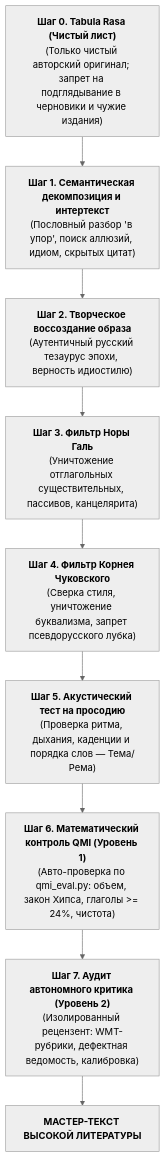
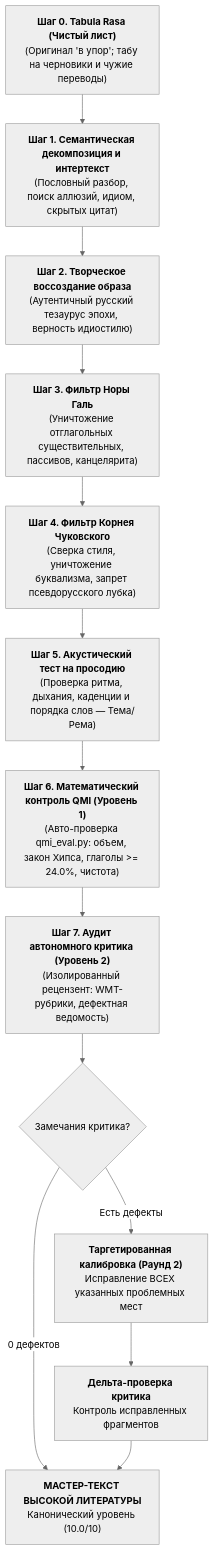
Before and after one commit to lnp/classic-russian-translation: the fourth of 6 diagrams in AGENTS.md, drawn with Mermaid (neutral theme). The commit also changed other lines of this file and 1 other file, not shown here.

Commit message:
fix: exhaustive canon audit, remove lingering Ellison/Norton artifacts, align QMI formulas and pipeline diagram

````diff
--- a/AGENTS.md
+++ b/AGENTS.md
@@ -193,11 +193,16 @@
 ```mermaid
 flowchart TD
-    S0["<b>Шаг 0. Tabula Rasa (Чистый лист)</b><br/>(Только чистый авторский оригинал; запрет на подглядывание в черновики и чужие издания)"] --> S1
-    S1["<b>Шаг 1. Семантическая декомпозиция и интертекст</b><br/>(Пословный разбор 'в упор', поиск аллюзий, идиом, скрытых цитат)"] --> S2
+    S0["<b>Шаг 0. Tabula Rasa (Чистый лист)</b><br/>(Оригинал 'в упор'; табу на черновики и чужие переводы)"] --> S1
+    S1["<b>Шаг 1. Семантическая декомпозиция и интертекст</b><br/>(Пословный разбор, поиск аллюзий, идиом, скрытых цитат)"] --> S2
     S2["<b>Шаг 2. Творческое воссоздание образа</b><br/>(Аутентичный русский тезаурус эпохи, верность идиостилю)"] --> S3
     S3["<b>Шаг 3. Фильтр Норы Галь</b><br/>(Уничтожение отглагольных существительных, пассивов, канцелярита)"] --> S4
     S4["<b>Шаг 4. Фильтр Корнея Чуковского</b><br/>(Сверка стиля, уничтожение буквализма, запрет псевдорусского лубка)"] --> S5
     S5["<b>Шаг 5. Акустический тест на просодию</b><br/>(Проверка ритма, дыхания, каденции и порядка слов — Тема/Рема)"] --> S6
-    S6["<b>Шаг 6. Математический контроль QMI (Уровень 1)</b><br/>(Авто-проверка по qmi_eval.py: объем, закон Хипса, глаголы >= 24%, чистота)"] --> S7
-    S7["<b>Шаг 7. Аудит автономного критика (Уровень 2)</b><br/>(Изолированный рецензент: WMT-рубрики, дефектная ведомость, калибровка)"] --> END["<b>МАСТЕР-ТЕКСТ ВЫСОКОЙ ЛИТЕРАТУРЫ</b>"]
+    S6["<b>Шаг 6. Математический контроль QMI (Уровень 1)</b><br/>(Авто-проверка qmi_eval.py: объем, закон Хипса, глаголы >= 24.0%, чистота)"] --> S7
+    S7["<b>Шаг 7. Аудит автономного критика (Уровень 2)</b><br/>(Изолированный рецензент: WMT-рубрики, дефектная ведомость)"]
+    S7 --> CHECK{"Замечания критика?"}
+    CHECK -->|0 дефектов| END["<b>МАСТЕР-ТЕКСТ ВЫСОКОЙ ЛИТЕРАТУРЫ</b><br/>Канонический уровень (10.0/10)"]
+    CHECK -->|Есть дефекты| CALIB["<b>Таргетированная калибровка (Раунд 2)</b><br/>Исправление ВСЕХ указанных проблемных мест"]
+    CALIB --> DELTA_CHECK["<b>Дельта-проверка критика</b><br/>Контроль исправленных фрагментов"]
+    DELTA_CHECK --> END
 ```
````
